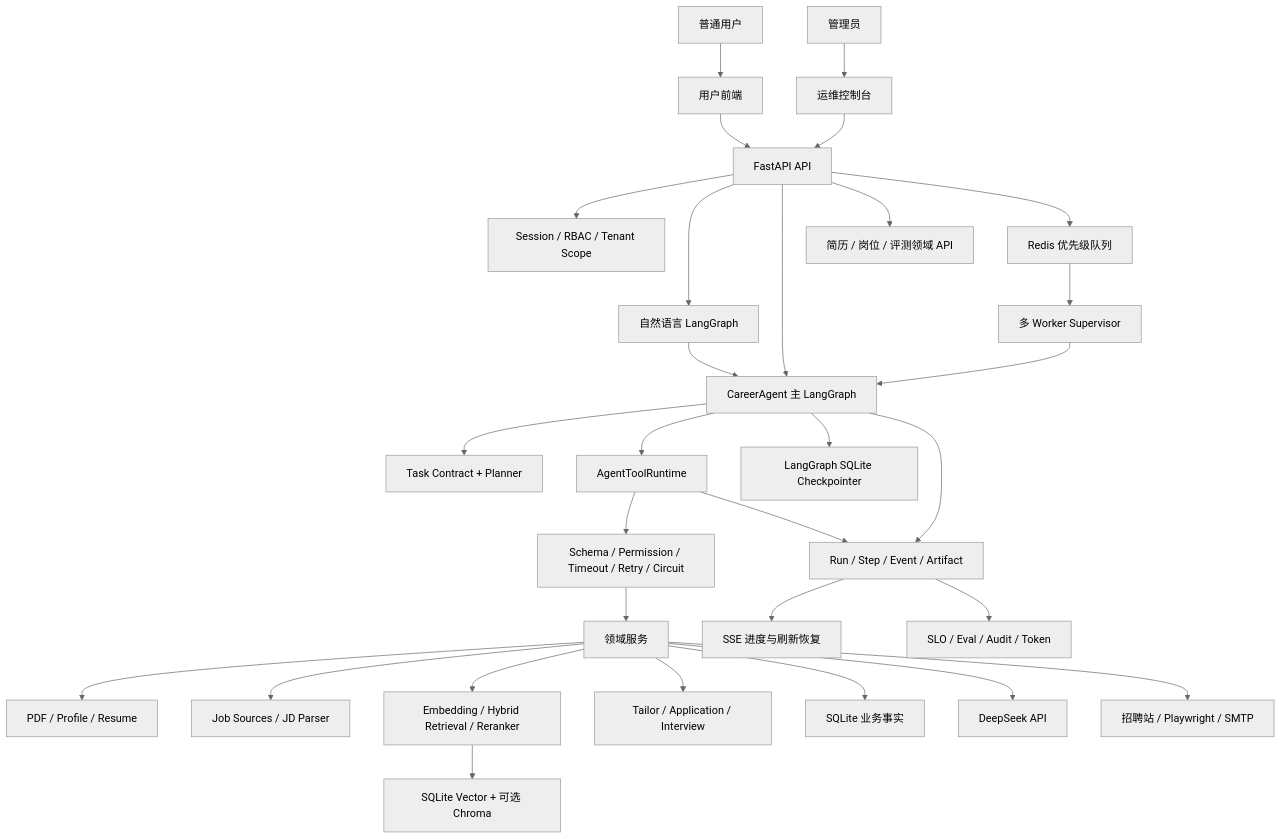
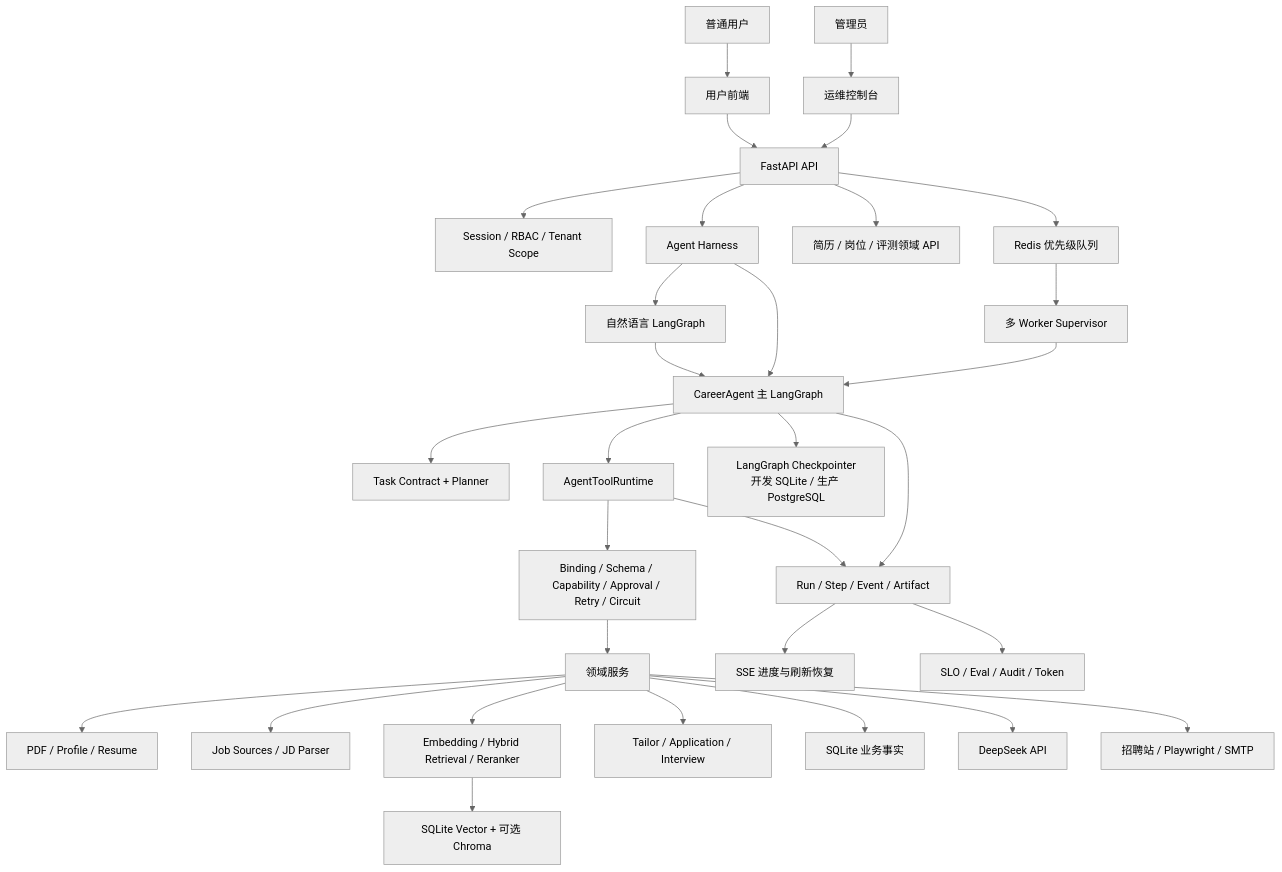
Before and after one commit to Yonhen233/CareerAgent: the first of 4 diagrams in docs/CAREER_AGENT_SYSTEM_DESIGN_AND_EVALUATION.md, drawn with Mermaid (neutral theme). The commit also changed other lines of this file and 33 other files, not shown here.

Commit message:
feat: harden the Agent Harness runtime

````diff
--- a/docs/CAREER_AGENT_SYSTEM_DESIGN_AND_EVALUATION.md
+++ b/docs/CAREER_AGENT_SYSTEM_DESIGN_AND_EVALUATION.md
@@ -313,38 +356,39 @@
 ```mermaid
 flowchart TB
     USER["普通用户"] --> WEB["用户前端"]
     OPSUSER["管理员"] --> OPS["运维控制台"]
     WEB --> API["FastAPI API"]
     OPS --> API
 
     API --> AUTH["Session / RBAC / Tenant Scope"]
-    API --> NL["自然语言 LangGraph"]
-    API --> MAIN["CareerAgent 主 LangGraph"]
+    API --> HARNESS["Agent Harness"]
+    HARNESS --> NL["自然语言 LangGraph"]
+    HARNESS --> MAIN["CareerAgent 主 LangGraph"]
     API --> DOMAIN["简历 / 岗位 / 评测领域 API"]
 
     NL --> MAIN
     MAIN --> PLANNER["Task Contract + Planner"]
     MAIN --> RUNTIME["AgentToolRuntime"]
-    RUNTIME --> POLICY["Schema / Permission / Timeout / Retry / Circuit"]
+    RUNTIME --> POLICY["Binding / Schema / Capability / Approval / Retry / Circuit"]
     POLICY --> SERVICES["领域服务"]
 
     SERVICES --> RESUME["PDF / Profile / Resume"]
     SERVICES --> JOB["Job Sources / JD Parser"]
     SERVICES --> RAG["Embedding / Hybrid Retrieval / Reranker"]
     SERVICES --> OUTPUT["Tailor / Application / Interview"]
 
     SERVICES --> SQLITE["SQLite 业务事实"]
     RAG --> VECTOR["SQLite Vector + 可选 Chroma"]
     SERVICES --> LLM["DeepSeek API"]
     SERVICES --> EXTERNAL["招聘站 / Playwright / SMTP"]
 
     API --> REDIS["Redis 优先级队列"]
     REDIS --> WORKER["多 Worker Supervisor"]
     WORKER --> MAIN
 
-    MAIN --> CP["LangGraph SQLite Checkpointer"]
+    MAIN --> CP["LangGraph Checkpointer\n开发 SQLite / 生产 PostgreSQL"]
     MAIN --> TRACE["Run / Step / Event / Artifact"]
     RUNTIME --> TRACE
     TRACE --> SSE["SSE 进度与刷新恢复"]
     TRACE --> QUALITY["SLO / Eval / Audit / Token"]
 ```
````
